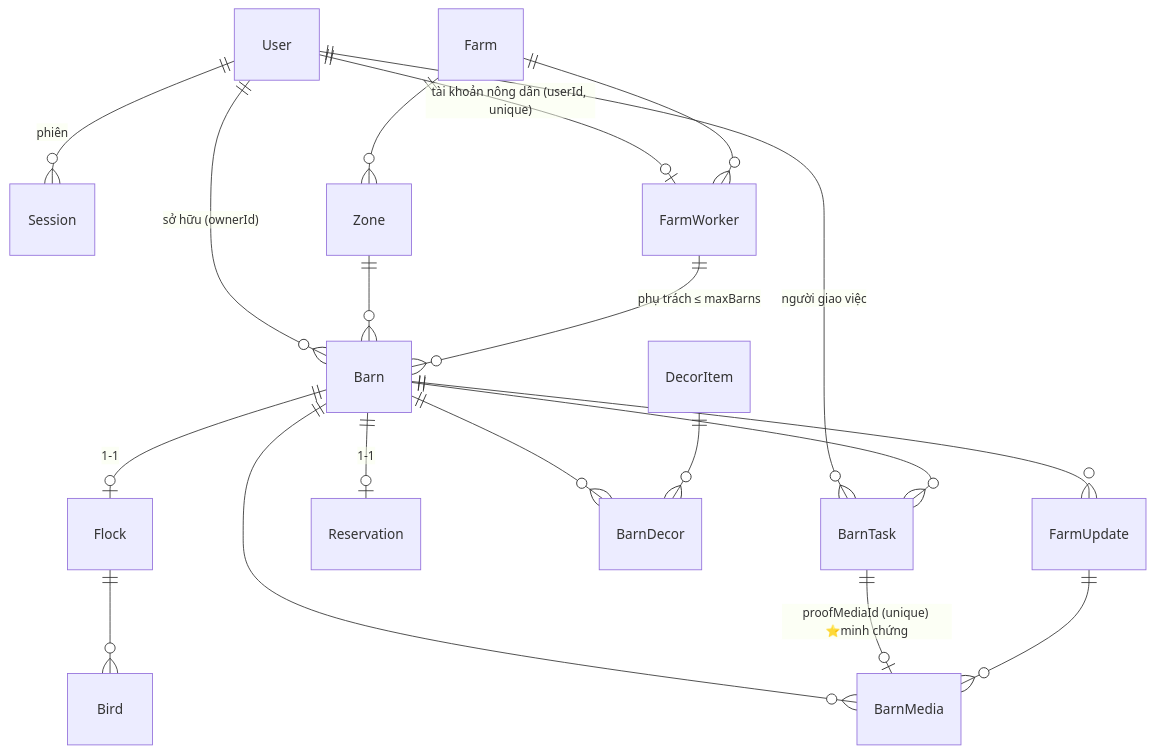
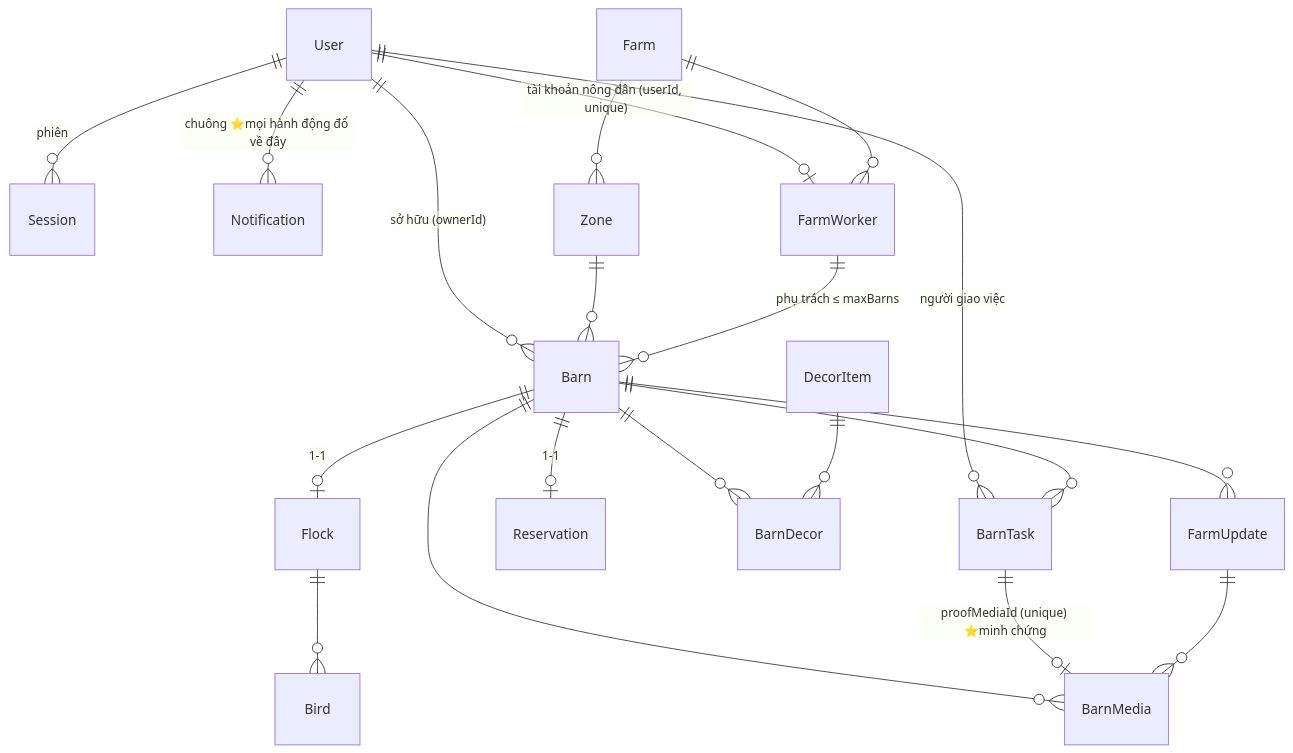
Before and after one commit to Thangdo26/ChicChic: the second of 2 diagrams in CODEMAP.md, drawn with Mermaid. The commit also changed other lines of this file and 21 other files, not shown here.

````diff
--- a/CODEMAP.md
+++ b/CODEMAP.md
@@ -162,21 +167,22 @@
 ```mermaid
 erDiagram
   User ||--o{ Session : "phiên"
+  User ||--o{ Notification : "chuông ⭐mọi hành động đổ về đây"
   User ||--o{ Barn : "sở hữu (ownerId)"
   User ||--o| FarmWorker : "tài khoản nông dân (userId, unique)"
   User ||--o{ BarnTask : "người giao việc"
   Farm ||--o{ Zone : ""
   Farm ||--o{ FarmWorker : ""
   Zone ||--o{ Barn : ""
   FarmWorker ||--o{ Barn : "phụ trách ≤ maxBarns"
   Barn ||--o| Flock : "1-1"
   Barn ||--o| Reservation : "1-1"
   Barn ||--o{ BarnDecor : ""
   Barn ||--o{ FarmUpdate : ""
   Barn ||--o{ BarnMedia : ""
   Barn ||--o{ BarnTask : ""
   Flock ||--o{ Bird : ""
   BarnTask ||--o| BarnMedia : "proofMediaId (unique) ⭐minh chứng"
   FarmUpdate ||--o{ BarnMedia : ""
   DecorItem ||--o{ BarnDecor : ""
 ```
````
